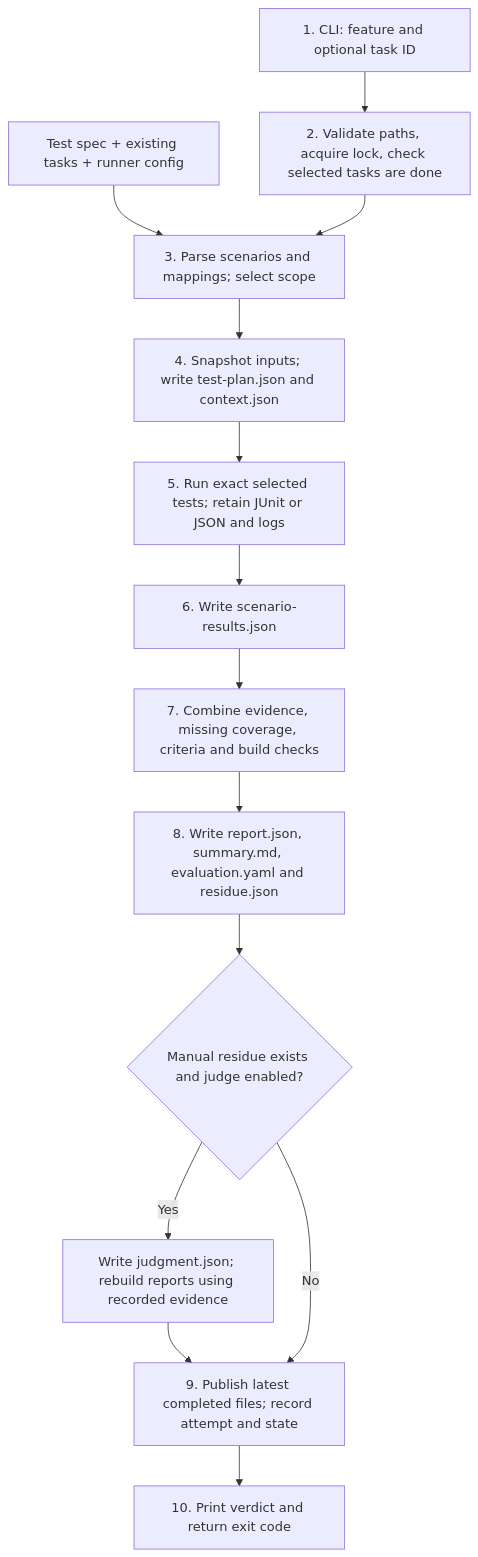
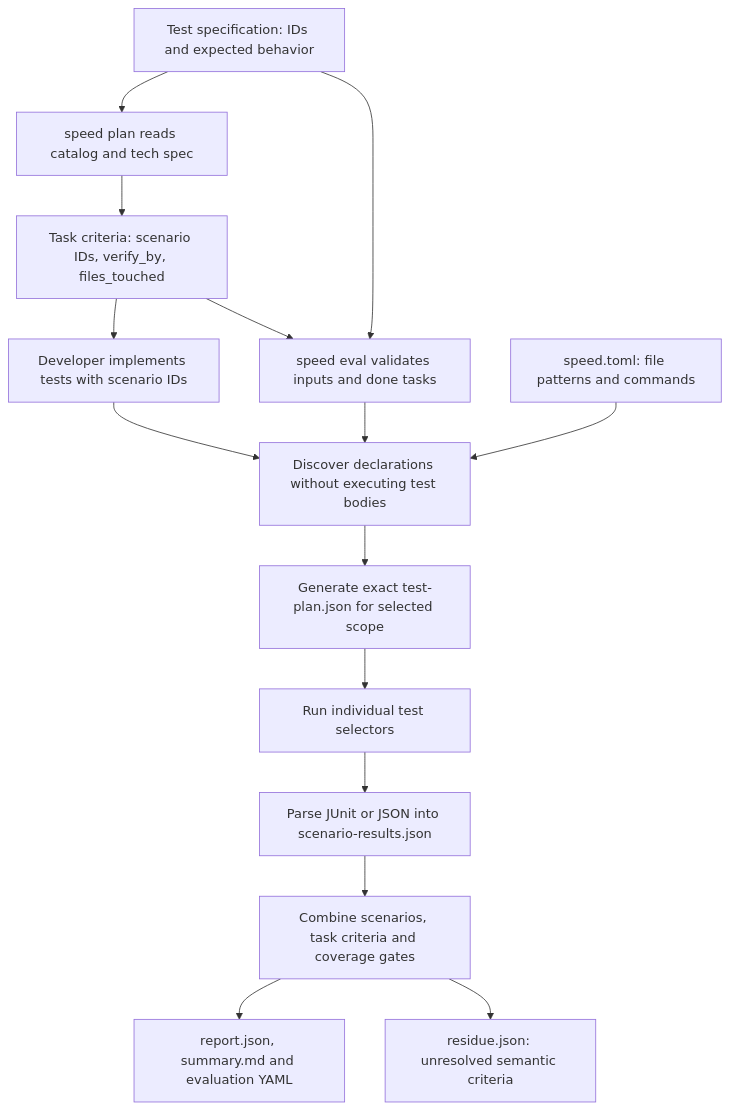
Before and after one commit to ArulaAI/workbench: the diagram in docs/eval/end-to-end-walkthrough.md, drawn with Mermaid. The commit also changed other lines of this file and 6 other files, not shown here.

Commit message:
Document task-derived eval flow and fresh fixture validation

````diff
--- a/docs/eval/end-to-end-walkthrough.md
+++ b/docs/eval/end-to-end-walkthrough.md
@@ -109,16 +65,17 @@
 ```mermaid
 flowchart TD
-    A["1. CLI: feature and optional task ID"] --> B["2. Validate paths, acquire lock, check selected tasks are done"]
-    S["Test spec + existing tasks + runner config"] --> C
-    B --> C["3. Parse scenarios and mappings; select scope"]
-    C --> D["4. Snapshot inputs; write test-plan.json and context.json"]
-    D --> E["5. Run exact selected tests; retain JUnit or JSON and logs"]
-    E --> F["6. Write scenario-results.json"]
-    F --> G["7. Combine evidence, missing coverage, criteria and build checks"]
-    G --> H["8. Write report.json, summary.md, evaluation.yaml and residue.json"]
-    H --> I{"Manual residue exists and judge enabled?"}
-    I -->|Yes| J["Write judgment.json; rebuild reports using recorded evidence"]
-    J --> K["9. Publish latest completed files; record attempt and state"]
-    I -->|No| K
-    K --> L["10. Print verdict and return exit code"]
+    S[Test specification: IDs and expected behavior] --> P[speed plan reads catalog and tech spec]
+    P --> T[Task criteria: scenario IDs, verify_by, files_touched]
+    T --> I[Developer implements tests with scenario IDs]
+    S --> E[speed eval validates inputs and done tasks]
+    T --> E
+    I --> D[Discover declarations without executing test bodies]
+    C[speed.toml: file patterns and commands] --> D
+    E --> D
+    D --> M[Generate exact test-plan.json for selected scope]
+    M --> R[Run individual test selectors]
+    R --> X[Parse JUnit or JSON into scenario-results.json]
+    X --> A[Combine scenarios, task criteria and coverage gates]
+    A --> O[report.json, summary.md and evaluation YAML]
+    A --> U[residue.json: unresolved semantic criteria]
 ```
````
